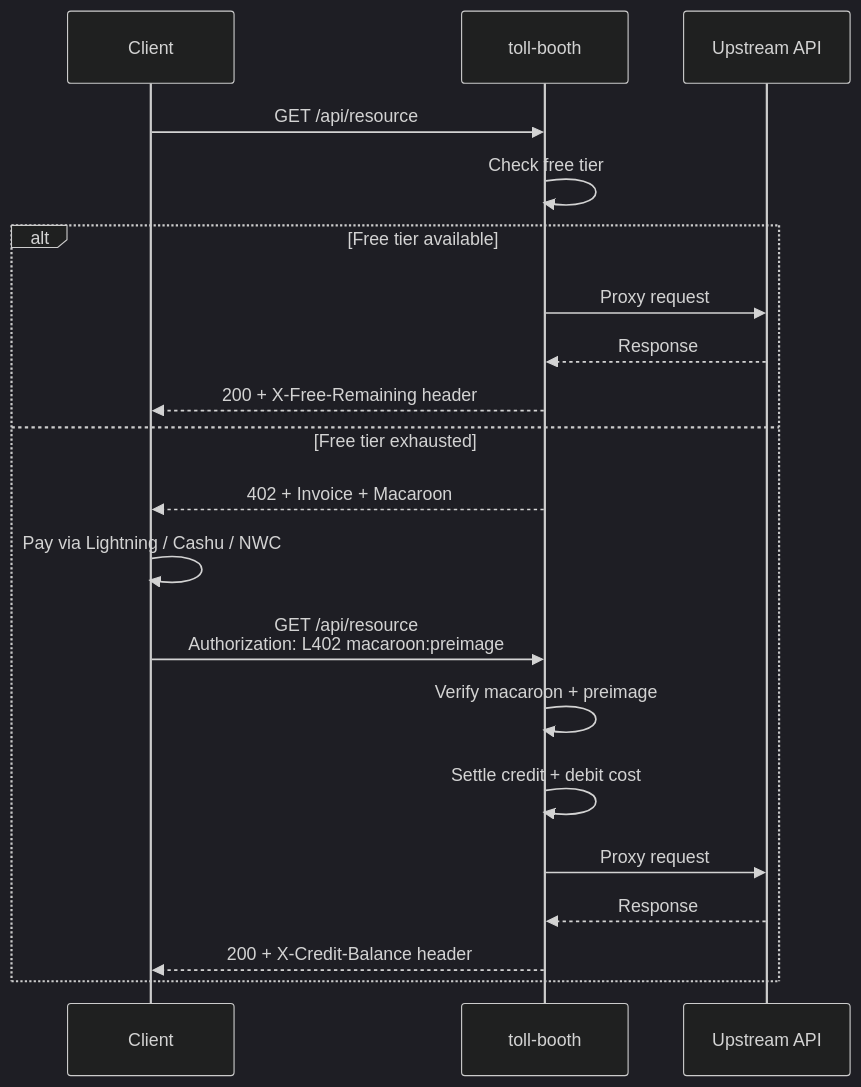
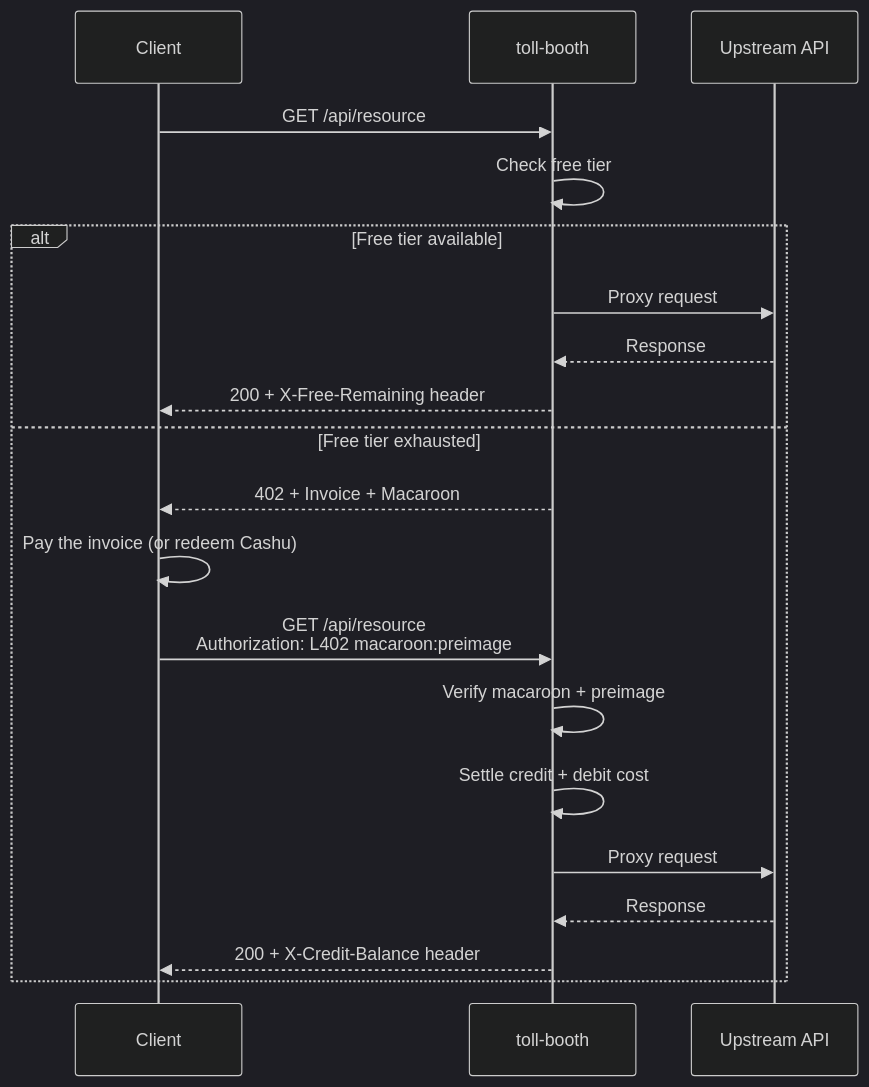
The diagram in README.md (forgesworn/toll-booth), drawn with Mermaid (dark theme) before and after one commit. The commit also changed other lines of this file and 11 other files, not shown here.

````diff
--- a/README.md
+++ b/README.md
@@ -486,23 +538,23 @@
 ```mermaid
 sequenceDiagram
     participant C as Client
     participant T as toll-booth
     participant U as Upstream API
 
     C->>T: GET /api/resource
     T->>T: Check free tier
     alt Free tier available
         T->>U: Proxy request
         U-->>T: Response
         T-->>C: 200 + X-Free-Remaining header
     else Free tier exhausted
         T-->>C: 402 + Invoice + Macaroon
-        C->>C: Pay via Lightning / Cashu / NWC
+        C->>C: Pay the invoice (or redeem Cashu)
         C->>T: GET /api/resource<br/>Authorization: L402 macaroon:preimage
         T->>T: Verify macaroon + preimage
         T->>T: Settle credit + debit cost
         T->>U: Proxy request
         U-->>T: Response
         T-->>C: 200 + X-Credit-Balance header
     end
 ```
````
